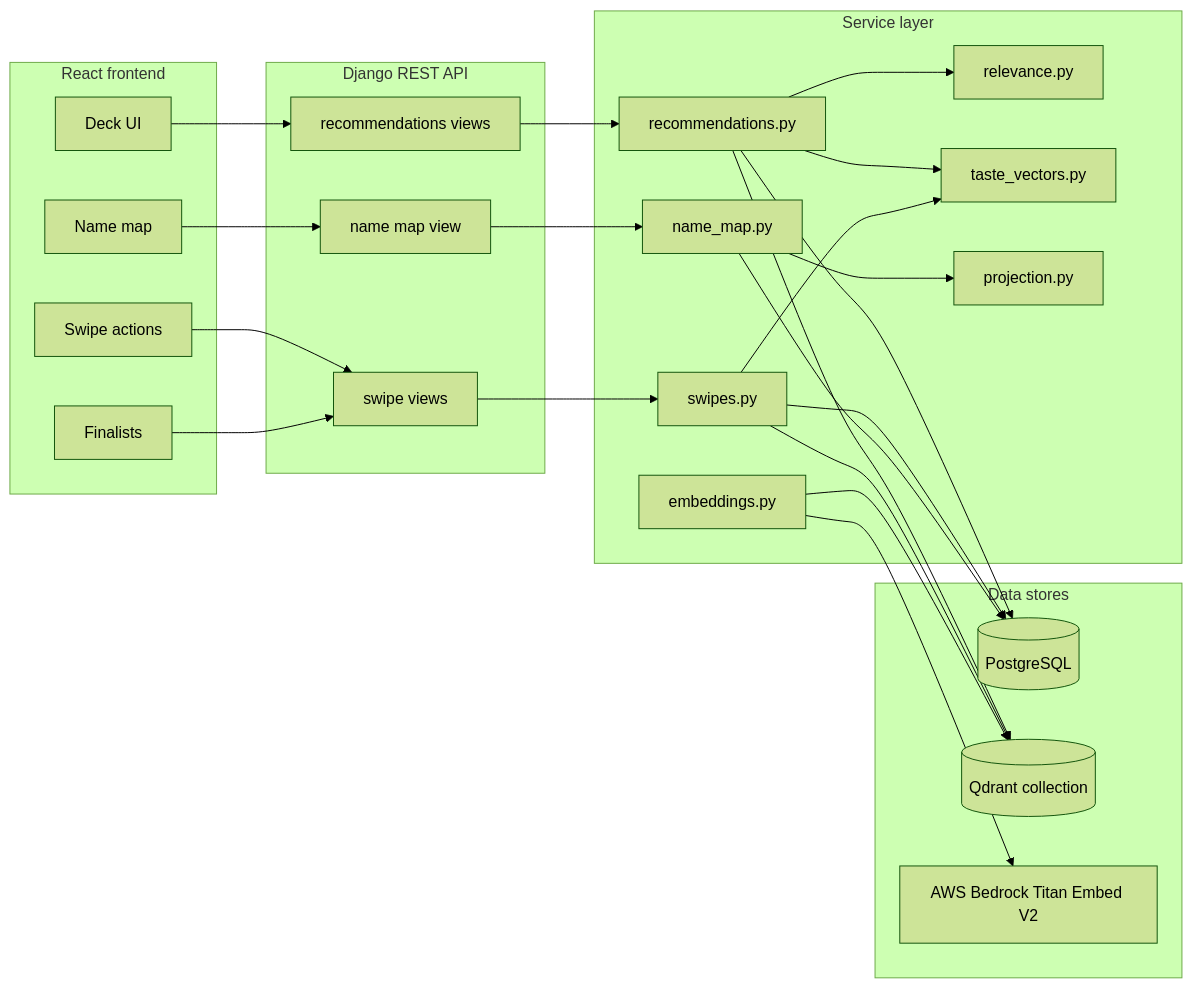
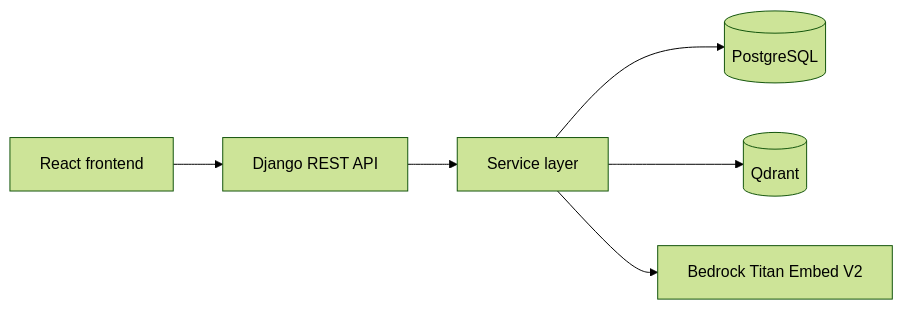
Before and after one commit to erickrex/babybase: the first of 3 diagrams in technical_breakdown.md, drawn with Mermaid (forest theme). The commit also changed other lines of this file and 1 other file, not shown here.

````diff
--- a/technical_breakdown.md
+++ b/technical_breakdown.md
@@ -16,54 +16,8 @@
 ```mermaid
 flowchart LR
-    subgraph Client["React frontend"]
-        DeckUI["Deck UI"]
-        SwipeUI["Swipe actions"]
-        FinalistsUI["Finalists"]
-        MapUI["Name map"]
-    end
-
-    subgraph API["Django REST API"]
-        RecViews["recommendations views"]
-        SwipeViews["swipe views"]
-        NameMapView["name map view"]
-    end
-
-    subgraph Services["Service layer"]
-        DeckService["recommendations.py"]
-        Relevance["relevance.py"]
-        Swipes["swipes.py"]
-        Taste["taste_vectors.py"]
-        Embeddings["embeddings.py"]
-        Projection["projection.py"]
-        NameMap["name_map.py"]
-    end
-
-    subgraph Storage["Data stores"]
-        Postgres[("PostgreSQL")]
-        Qdrant[("Qdrant collection")]
-        Bedrock["AWS Bedrock Titan Embed V2"]
-    end
-
-    DeckUI --> RecViews
-    SwipeUI --> SwipeViews
-    FinalistsUI --> SwipeViews
-    MapUI --> NameMapView
-
-    RecViews --> DeckService
-    DeckService --> Relevance
-    DeckService --> Taste
-    DeckService --> Qdrant
-    DeckService --> Postgres
-
-    SwipeViews --> Swipes
-    Swipes --> Postgres
-    Swipes --> Qdrant
-    Swipes --> Taste
-
-    NameMapView --> NameMap
-    NameMap --> Postgres
-    NameMap --> Projection
-
-    Embeddings --> Bedrock
-    Embeddings --> Qdrant
+    Client["React frontend"] --> API["Django REST API"]
+    API --> Services["Service layer"]
+    Services --> Postgres[("PostgreSQL")]
+    Services --> Qdrant[("Qdrant")]
+    Services --> Bedrock["Bedrock Titan Embed V2"]
 ```
````
